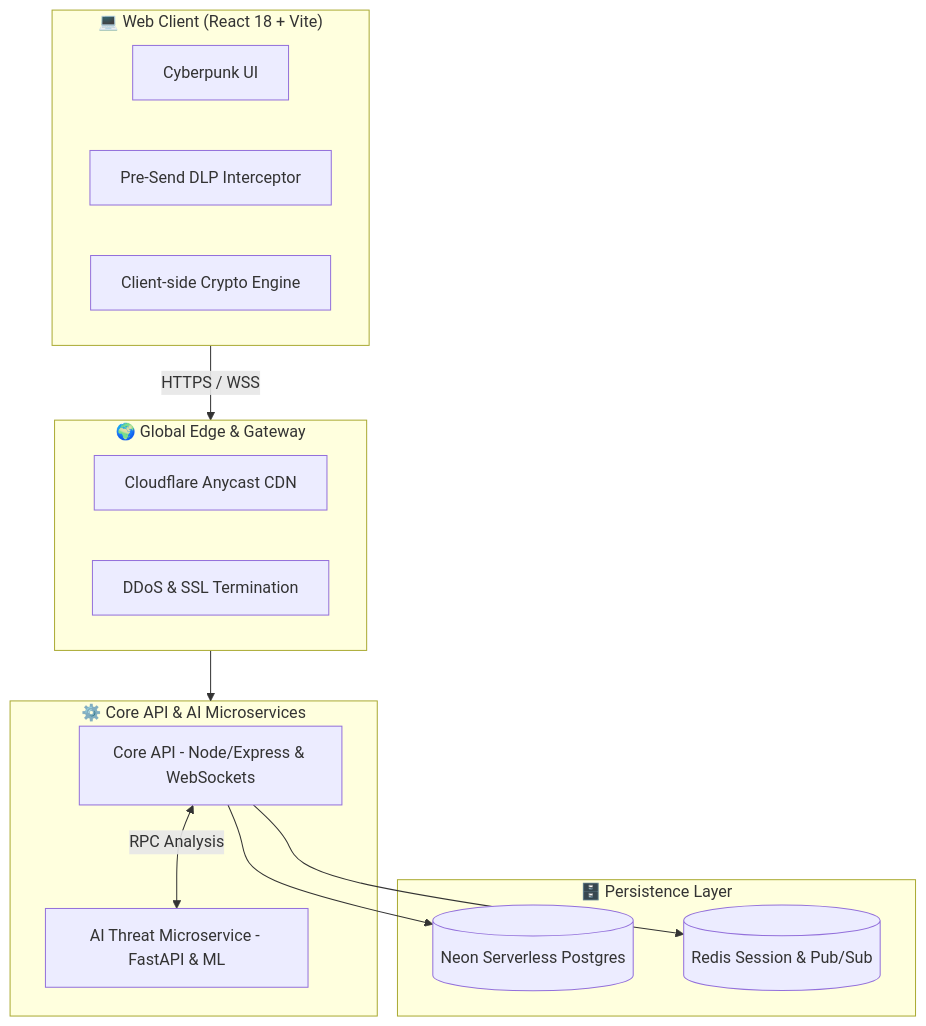
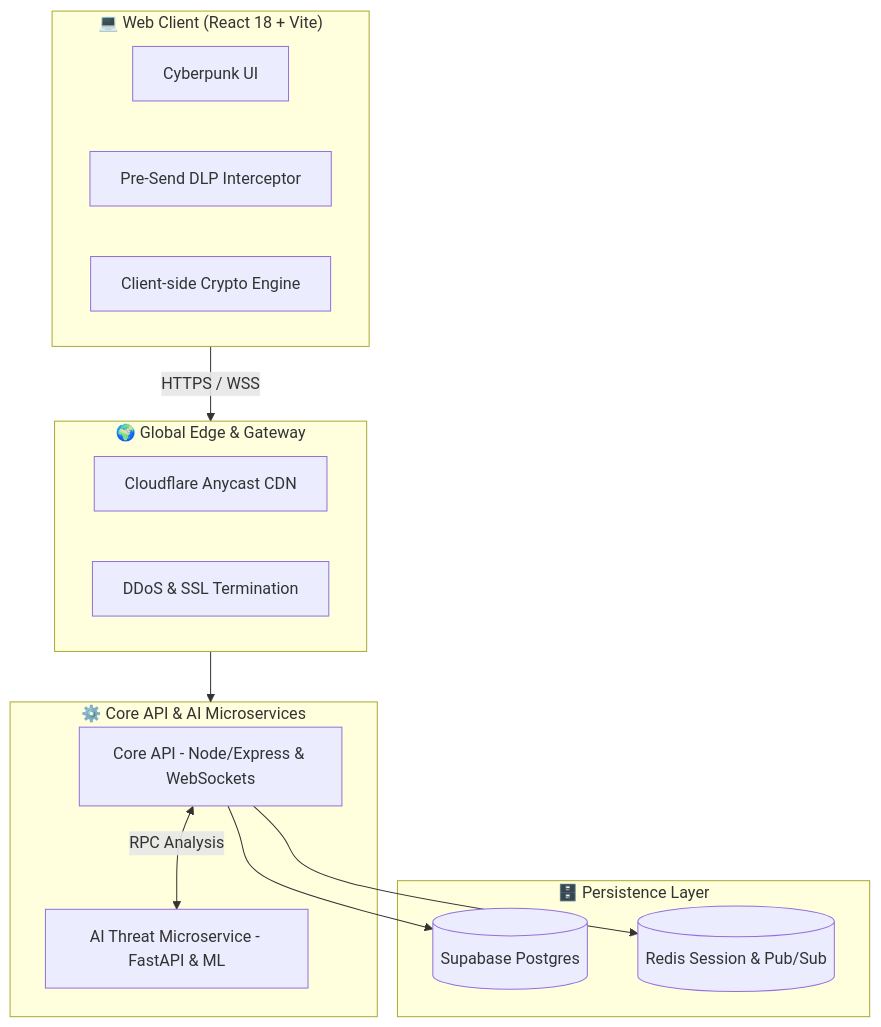
The diagram in README.md (gamerx2723/Securechat_BanoQabil), drawn with Mermaid before and after one commit. The commit also changed other lines of this file and 71 other files, not shown here.

Commit message:
feat: complete AI models training and migrate database from Neon to Supabase

````diff
--- a/README.md
+++ b/README.md
@@ -81,29 +81,29 @@
 ```mermaid
 flowchart TB
     subgraph Client["💻 Web Client (React 18 + Vite)"]
         UI[Cyberpunk UI]
         DLP[Pre-Send DLP Interceptor]
         E2EE[Client-side Crypto Engine]
     end
 
     subgraph Edge["🌍 Global Edge & Gateway"]
         CDN[Cloudflare Anycast CDN]
         WAF[DDoS & SSL Termination]
     end
 
     subgraph Backend["⚙️ Core API & AI Microservices"]
         API[Core API - Node/Express & WebSockets]
         AI[AI Threat Microservice - FastAPI & ML]
     end
 
     subgraph Storage["🗄️ Persistence Layer"]
-        DB[(Neon Serverless Postgres)]
+        DB[(Supabase Postgres)]
         CACHE[(Redis Session & Pub/Sub)]
     end
 
     Client -->|HTTPS / WSS| Edge
     Edge --> Backend
     API <-->|RPC Analysis| AI
     API --> DB
     API --> CACHE
 ```
````
